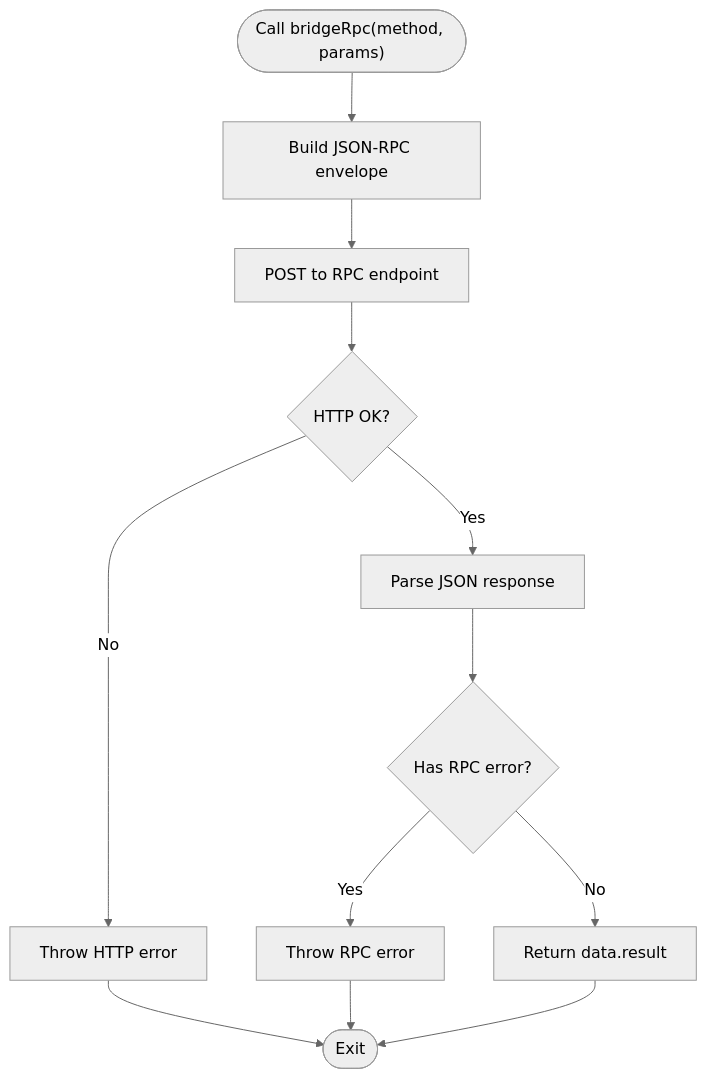
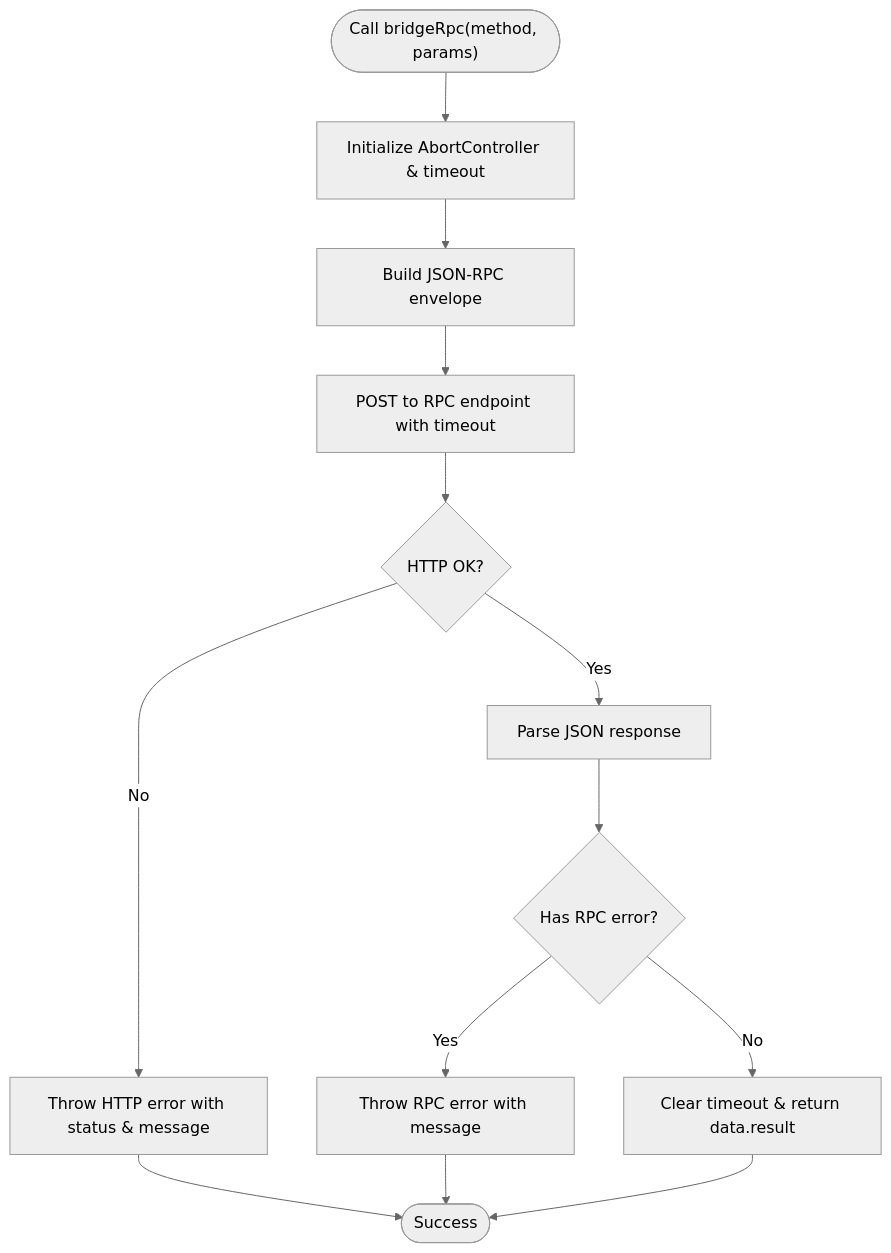
The third of 5 diagrams in .qoder/repowiki/en/content/Technical Architecture/API Integration Layer.md (KaranMakani/deposit-fixer), drawn with Mermaid (neutral theme) before and after one commit. The commit also changed other lines of this file and 10 other files, not shown here.

````diff
--- a/.qoder/repowiki/en/content/Technical Architecture/API Integration Layer.md
+++ b/.qoder/repowiki/en/content/Technical Architecture/API Integration Layer.md
@@ -137,14 +166,15 @@
 ```mermaid
 flowchart TD
-Start(["Call bridgeRpc(method, params)"]) --> Build["Build JSON-RPC envelope"]
-Build --> Post["POST to RPC endpoint"]
+Start(["Call bridgeRpc(method, params)"]) --> Init["Initialize AbortController & timeout"]
+Init --> Build["Build JSON-RPC envelope"]
+Build --> Post["POST to RPC endpoint with timeout"]
 Post --> RespOk{"HTTP OK?"}
-RespOk --> |No| ThrowHttp["Throw HTTP error"]
+RespOk --> |No| ThrowHttp["Throw HTTP error with status & message"]
 RespOk --> |Yes| Parse["Parse JSON response"]
 Parse --> HasError{"Has RPC error?"}
-HasError --> |Yes| ThrowRpc["Throw RPC error"]
-HasError --> |No| ReturnRes["Return data.result"]
-ThrowHttp --> End(["Exit"])
+HasError --> |Yes| ThrowRpc["Throw RPC error with message"]
+HasError --> |No| Clear["Clear timeout & return data.result"]
+ThrowHttp --> End(["Exit with error"])
 ThrowRpc --> End
-ReturnRes --> End
+Clear --> End(["Success"])
 ```
````
